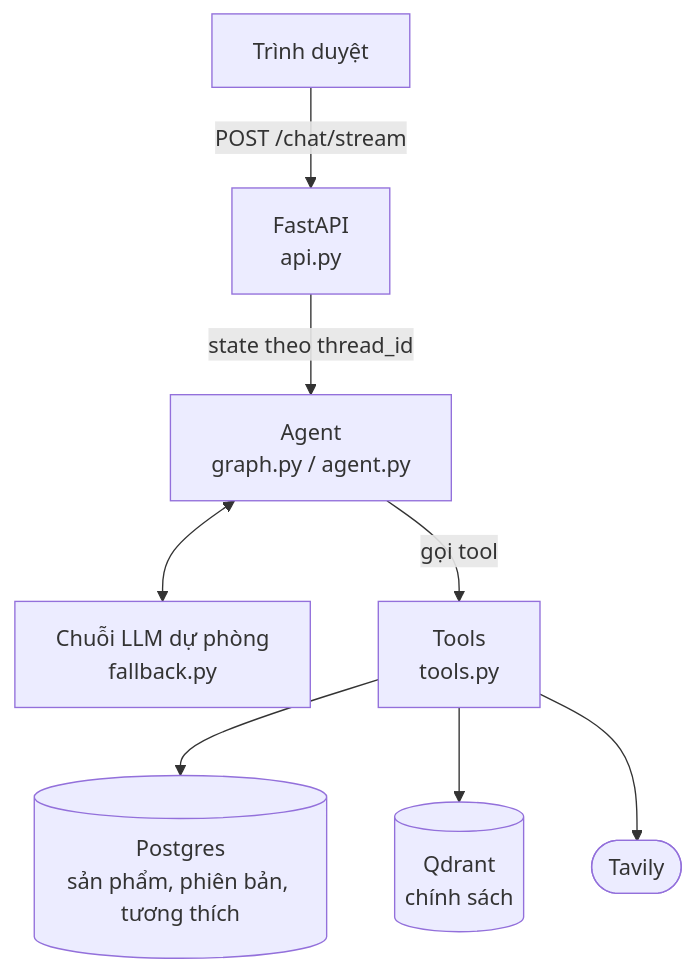
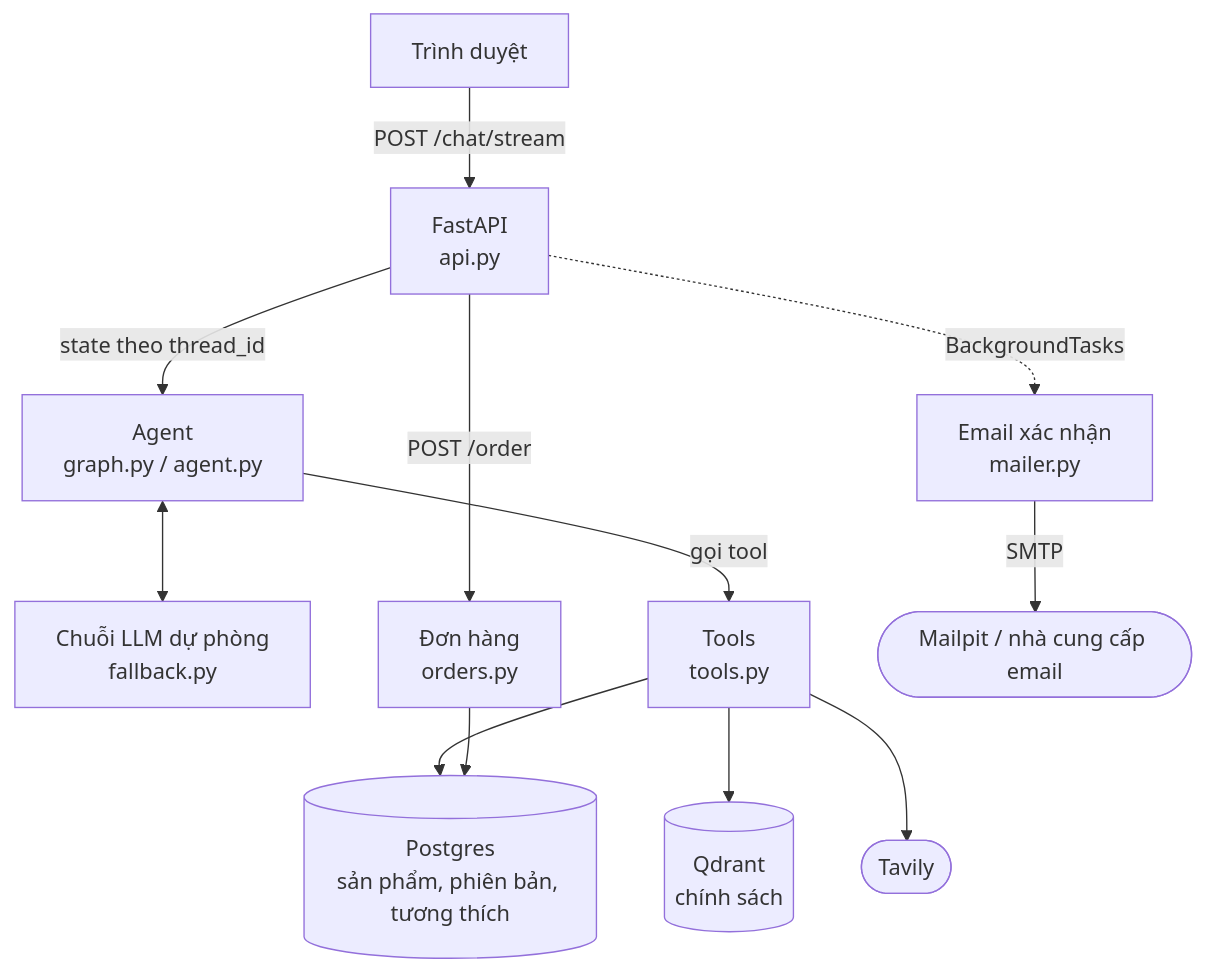
One commit to vu-wspace/sales_agent changed the first of 2 diagrams in README.md. Above: the diagram before and after it, drawn with Mermaid. The commit also changed other lines of this file, not shown here.

````diff
--- a/README.md
+++ b/README.md
@@ -216,10 +219,12 @@
 ```mermaid
 flowchart TB
     browser["Trình duyệt"] -- "POST /chat/stream" --> api["FastAPI<br/>api.py"]
     api -- "state theo thread_id" --> agent["Agent<br/>graph.py / agent.py"]
     agent <--> chain["Chuỗi LLM dự phòng<br/>fallback.py"]
     agent -- "gọi tool" --> tools["Tools<br/>tools.py"]
     tools --> postgres[("Postgres<br/>sản phẩm, phiên bản, tương thích")]
     tools --> qdrant[("Qdrant<br/>chính sách")]
     tools --> tavily(["Tavily"])
+    api -- "POST /order" --> orders["Đơn hàng<br/>orders.py"] --> postgres
+    api -. "BackgroundTasks" .-> mailer["Email xác nhận<br/>mailer.py"] -- "SMTP" --> mailpit(["Mailpit / nhà cung cấp email"])
 ```
````
